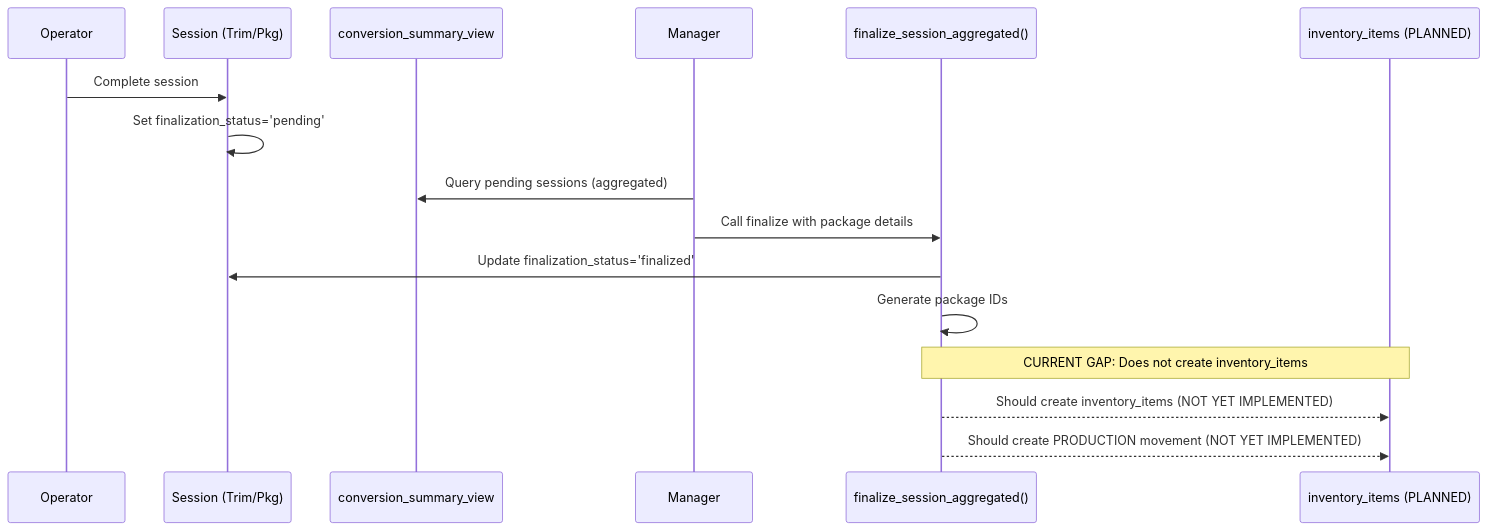
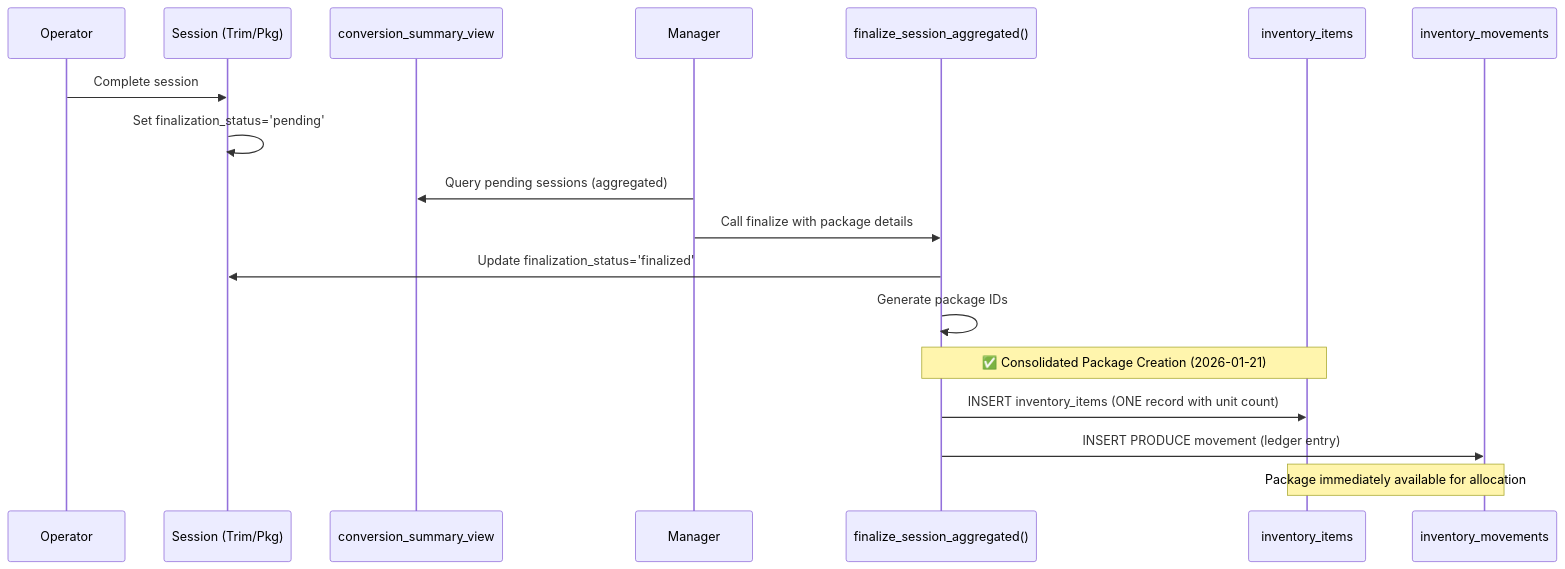
Before and after one commit to jedwardmorrow-blip/cultivo: the first of 2 diagrams in docs/INVENTORY-TRACKING.md, drawn with Mermaid. The commit also changed other lines of this file and 4 other files, not shown here.

````diff
--- a/docs/INVENTORY-TRACKING.md
+++ b/docs/INVENTORY-TRACKING.md
@@ -1094,19 +1102,21 @@
 ```mermaid
 sequenceDiagram
     participant Op as Operator
     participant Sess as Session (Trim/Pkg)
     participant View as conversion_summary_view
     participant Mgr as Manager
     participant RPC as finalize_session_aggregated()
-    participant Inv as inventory_items (PLANNED)
+    participant Inv as inventory_items
+    participant Mov as inventory_movements
 
     Op->>Sess: Complete session
     Sess->>Sess: Set finalization_status='pending'
     Mgr->>View: Query pending sessions (aggregated)
     Mgr->>RPC: Call finalize with package details
     RPC->>Sess: Update finalization_status='finalized'
     RPC->>RPC: Generate package IDs
-    Note over RPC,Inv: CURRENT GAP: Does not create inventory_items
-    RPC-->>Inv: Should create inventory_items (NOT YET IMPLEMENTED)
-    RPC-->>Inv: Should create PRODUCTION movement (NOT YET IMPLEMENTED)
+    Note over RPC,Inv: ✅ Consolidated Package Creation (2026-01-21)
+    RPC->>Inv: INSERT inventory_items (ONE record with unit count)
+    RPC->>Mov: INSERT PRODUCE movement (ledger entry)
+    Note over Inv,Mov: Package immediately available for allocation
 ```
````
